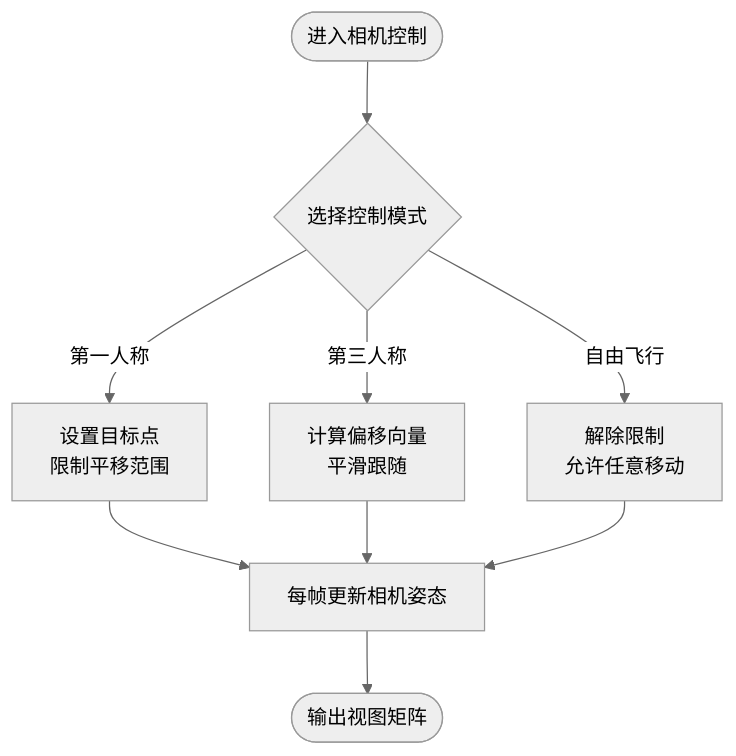
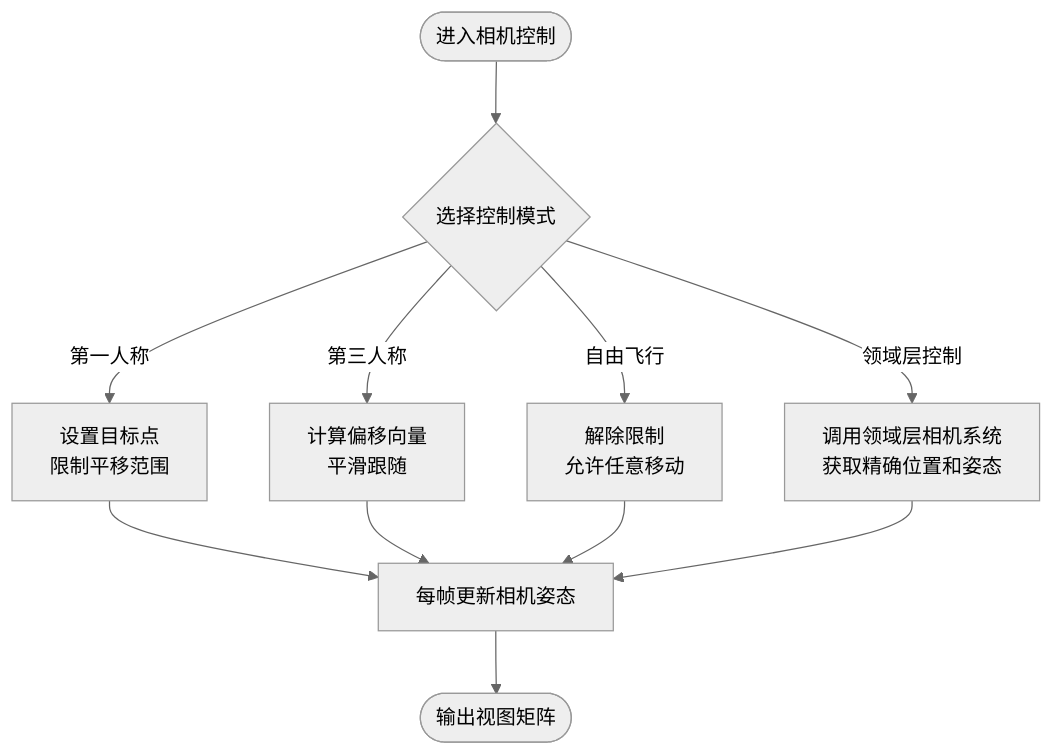
One commit to rzhangjing/cesium changed the third of 7 diagrams in .qoder/repowiki/zh/content/项目概述/核心特性/相机与交互控制/相机与交互控制.md. Above: the diagram before and after it, drawn with Mermaid (neutral theme). The commit also changed other lines of this file and 92 other files, not shown here.

````diff
--- a/.qoder/repowiki/zh/content/项目概述/核心特性/相机与交互控制/相机与交互控制.md
+++ b/.qoder/repowiki/zh/content/项目概述/核心特性/相机与交互控制/相机与交互控制.md
@@ -153,11 +1544,13 @@
 ```mermaid
 flowchart TD
 Start(["进入相机控制"]) --> Mode{"选择控制模式"}
 Mode --> |第一人称| FP["设置目标点<br/>限制平移范围"]
 Mode --> |第三人称| TP["计算偏移向量<br/>平滑跟随"]
 Mode --> |自由飞行| FF["解除限制<br/>允许任意移动"]
+Mode --> |领域层控制| DC["调用领域层相机系统<br/>获取精确位置和姿态"]
 FP --> Update["每帧更新相机姿态"]
 TP --> Update
 FF --> Update
+DC --> Update
 Update --> End(["输出视图矩阵"])
 ```
````
